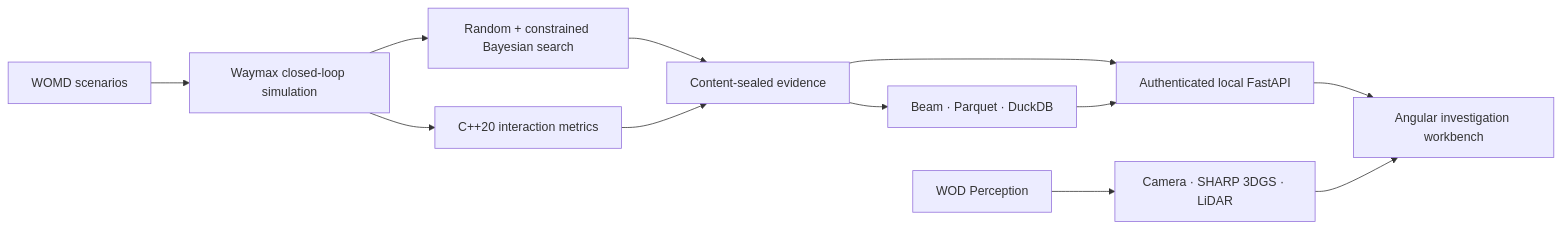
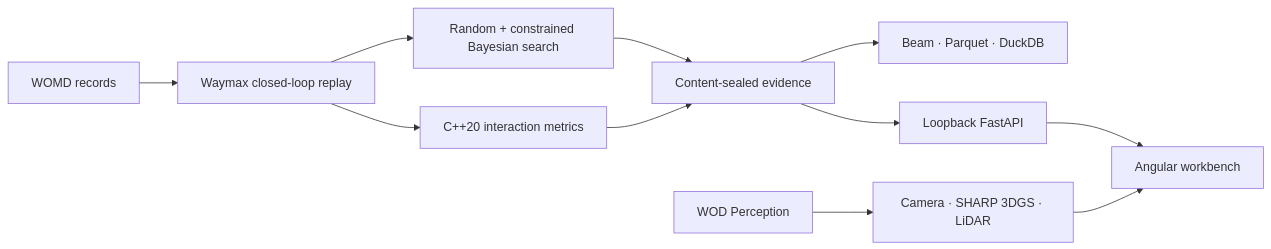
One commit to ethanvillalovoz/planmargin changed the diagram in README.md. Above: the diagram before and after it, drawn with Mermaid. The commit also changed other lines of this file and 26 other files, not shown here.

````diff
--- a/README.md
+++ b/README.md
@@ -38,14 +113,13 @@
 ```mermaid
 flowchart LR
-    W["WOMD scenarios"] --> X["Waymax closed-loop simulation"]
+    W["WOMD records"] --> X["Waymax closed-loop replay"]
     X --> S["Random + constrained Bayesian search"]
     X --> C["C++20 interaction metrics"]
     S --> E["Content-sealed evidence"]
     C --> E
     E --> D["Beam · Parquet · DuckDB"]
-    E --> A["Authenticated local FastAPI"]
-    D --> A
+    E --> A["Loopback FastAPI"]
     P["WOD Perception"] --> V["Camera · SHARP 3DGS · LiDAR"]
-    A --> U["Angular investigation workbench"]
+    A --> U["Angular workbench"]
     V --> U
 ```
````
